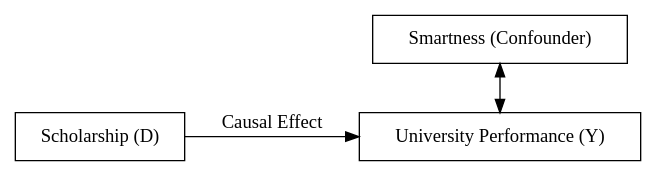
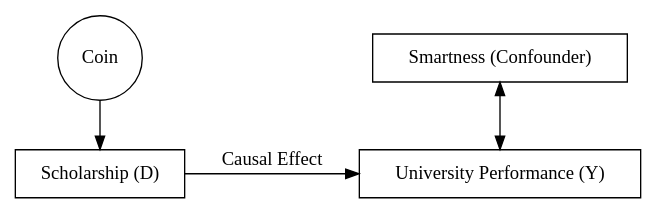
One commit to kevinpspe/kevinpspe.github.io changed the third of 3 diagrams in randomisation.qmd. Above: the diagram before and after it, drawn with Graphviz. The commit also changed other lines of this file and 27 other files, not shown here.

````diff
--- a/randomisation.qmd
+++ b/randomisation.qmd
@@ -61,17 +51,19 @@
 ```{dot}
 //| fig-width: 4
 //| fig-height: 1.1
 digraph example2 {
   // Nodes
   D [shape=box, pos = "0,0!", label="Scholarship (D)"]
   X [shape=box, pos = "2,0!", label="Smartness (Confounder)"]
   Y [shape=box, pos = "1,-1!", label="University Performance (Y)"]
+  O [shape=circle, label = "Coin"]
 
   // Edges
   {rank=same; D -> Y [label="Causal Effect"]}
   X -> Y [dir=both]
+  O -> D
   
   graph [nodesep=0.5, ranksep=0.5]
 
 }
 ```
````
